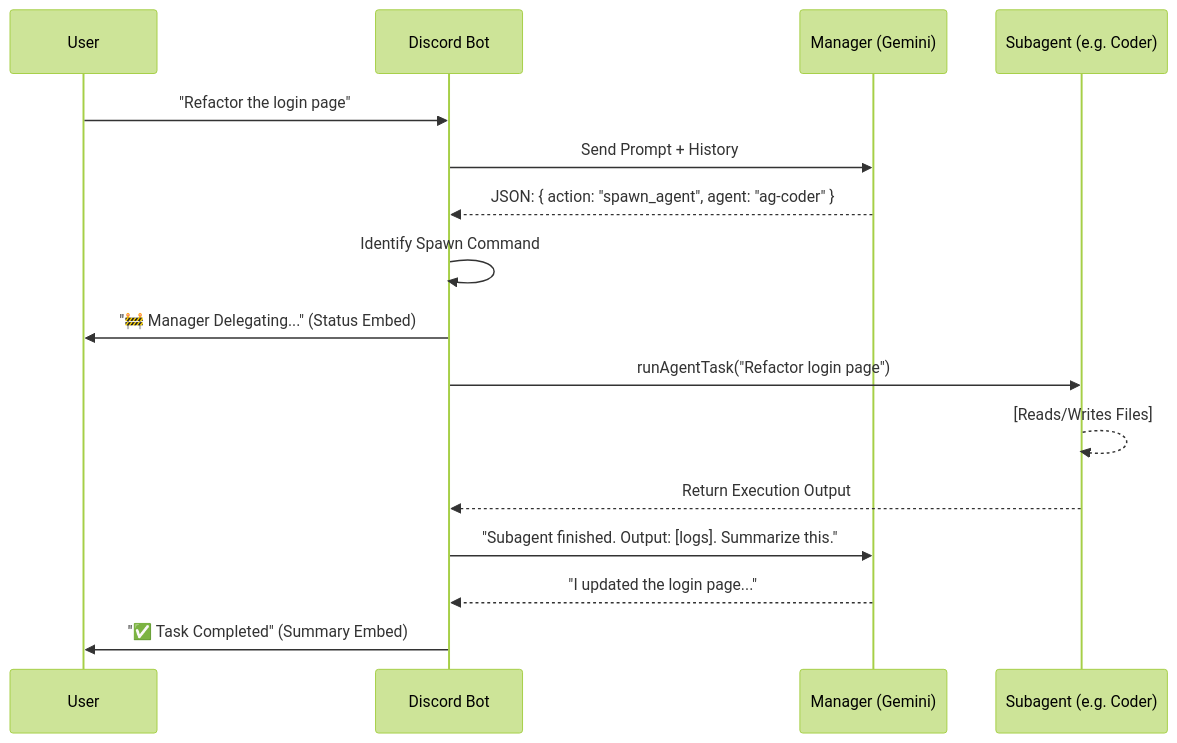
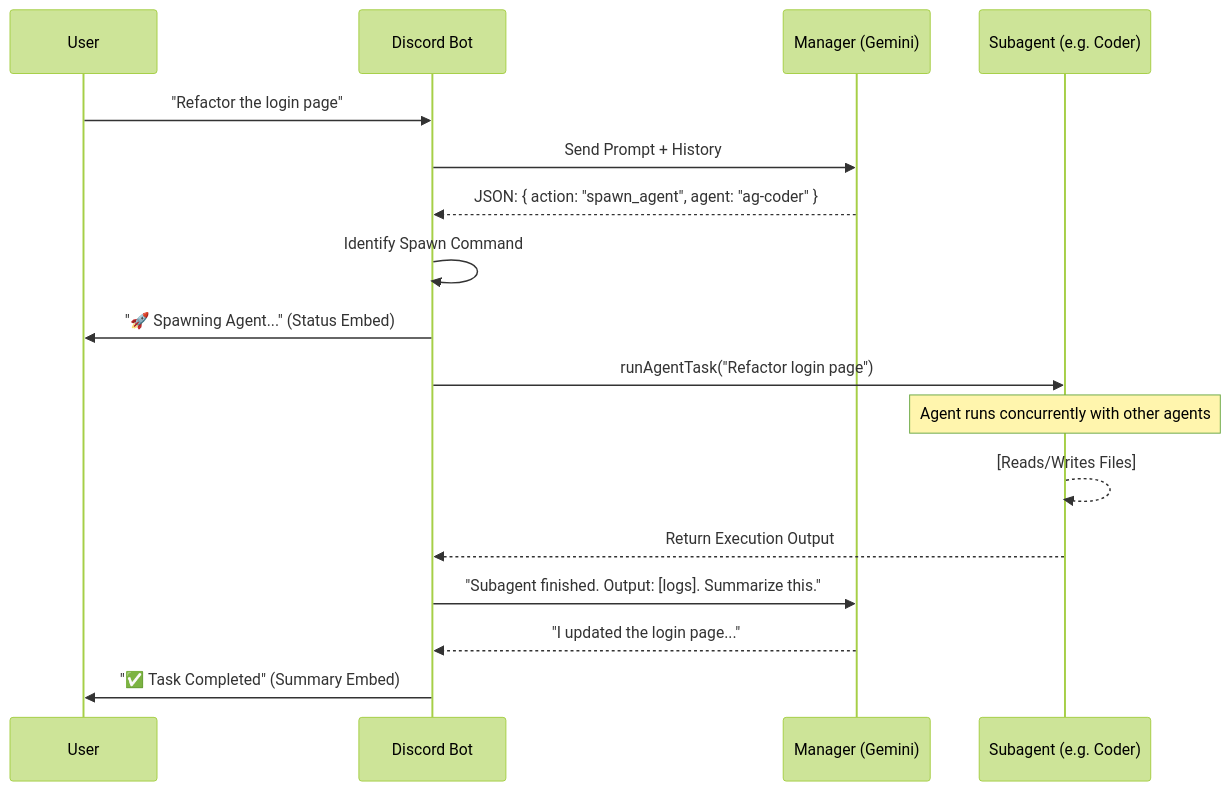
One commit to jessesep/claude-code-discord changed the diagram in ARCHITECTURE.md. Above: the diagram before and after it, drawn with Mermaid (forest theme). The commit also changed other lines of this file and 9 other files, not shown here.

First line of the commit message:
feat: Add multi-agent spawning and category names with repo info

````diff
--- a/ARCHITECTURE.md
+++ b/ARCHITECTURE.md
@@ -29,19 +31,20 @@
 ```mermaid
 sequenceDiagram
     participant U as User
     participant D as Discord Bot
     participant M as Manager (Gemini)
     participant S as Subagent (e.g. Coder)
 
     U->>D: "Refactor the login page"
     D->>M: Send Prompt + History
     M-->>D: JSON: { action: "spawn_agent", agent: "ag-coder" }
     D->>D: Identify Spawn Command
-    D->>U: "🚧 Manager Delegating..." (Status Embed)
+    D->>U: "🚀 Spawning Agent..." (Status Embed)
     D->>S: runAgentTask("Refactor login page")
+    Note over S: Agent runs concurrently with other agents
     S-->>S: [Reads/Writes Files]
     S-->>D: Return Execution Output
     D->>M: "Subagent finished. Output: [logs]. Summarize this."
     M-->>D: "I updated the login page..."
     D->>U: "✅ Task Completed" (Summary Embed)
 ```
````
